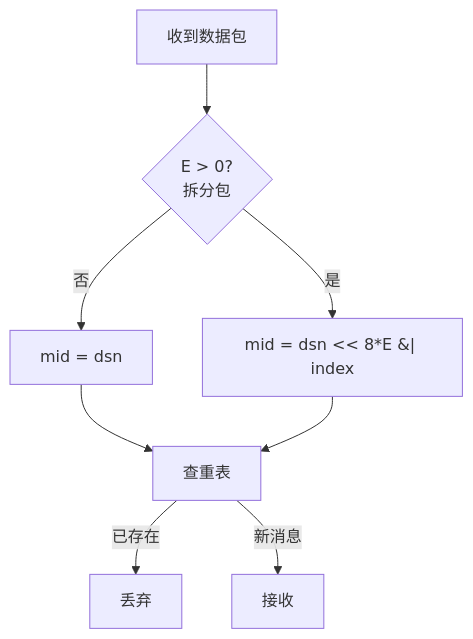
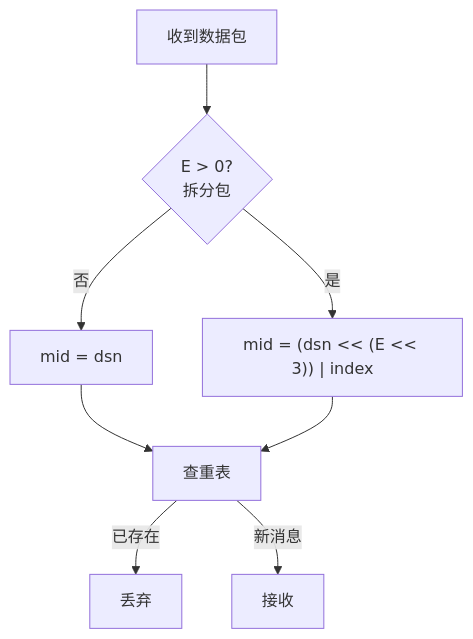
The first of 2 diagrams in docs/design-protocol.zh-CN.md (moky/magpie-bridge), drawn with Mermaid before and after one commit. The commit also changed other lines of this file and 5 other files, not shown here.

Commit message:
docs: regenerate from ai/ tasks with mermaid diagrams

````diff
--- a/docs/design-protocol.zh-CN.md
+++ b/docs/design-protocol.zh-CN.md
@@ -75,10 +108,10 @@
 ```mermaid
 flowchart TD
     P[收到数据包] --> E{E > 0?<br/>拆分包}
     E -- 否 --> M1[mid = dsn]
-    E -- 是 --> M2[mid = dsn << 8*E &#124; index]
+    E -- 是 --> M2["mid = (dsn << (E << 3)) | index"]
     M1 --> T[查重表]
     M2 --> T
     T -- 已存在 --> DR[丢弃]
     T -- 新消息 --> ACC[接收]
 ```
````
